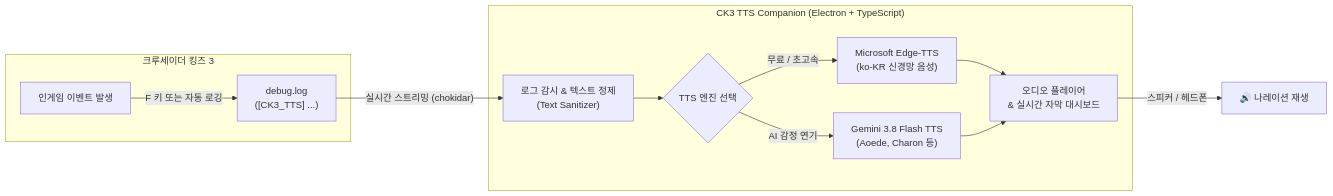
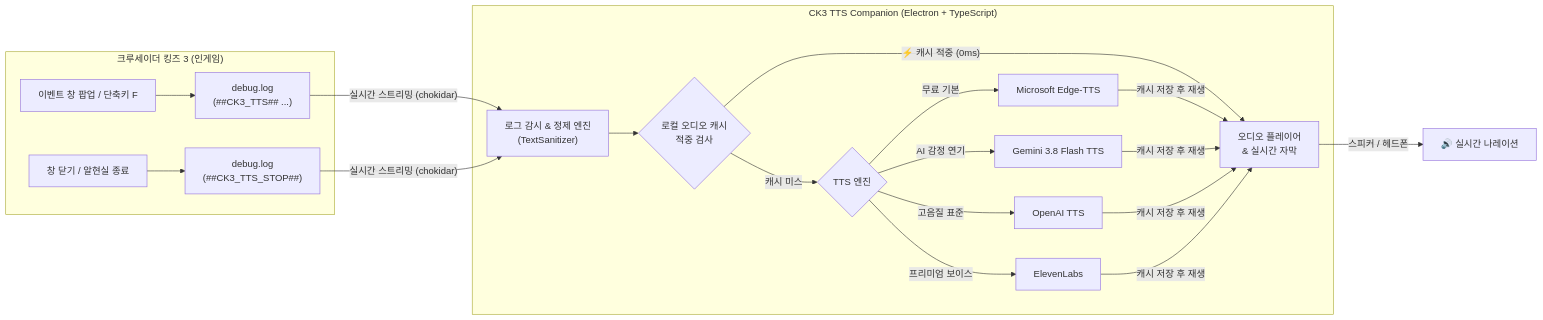
Before and after one commit to pmw0310/ck3-tts-companion: the diagram in README.md, drawn with Mermaid. The commit also changed other lines of this file and 41 other files, not shown here.

First line of the commit message:
feat(tts): OpenAI·ElevenLabs 엔진, 로컬 오디오 캐싱 및 전설·튜토리얼 TTS 연동

````diff
--- a/README.md
+++ b/README.md
@@ -22,17 +24,21 @@
 ```mermaid
 flowchart LR
-    subgraph Game ["크루세이더 킹즈 3"]
-        A["인게임 이벤트 발생"] -->|"F 키 또는 자동 로깅"| B["debug.log<br/>([CK3_TTS] ...)"]
+    subgraph Game ["크루세이더 킹즈 3 (인게임)"]
+        A["이벤트 창 팝업 / 단축키 F"] --> B["debug.log<br/>(##CK3_TTS## ...)"]
+        A2["창 닫기 / 알현실 종료"] --> B2["debug.log<br/>(##CK3_TTS_STOP##)"]
     end
 
     subgraph CompanionApp ["CK3 TTS Companion (Electron + TypeScript)"]
-        B -->|"실시간 스트리밍 (chokidar)"| C["로그 감시 & 텍스트 정제<br/>(Text Sanitizer)"]
-        C --> D{"TTS 엔진 선택"}
-        D -->|"무료 / 초고속"| E["Microsoft Edge-TTS<br/>(ko-KR 신경망 음성)"]
-        D -->|"AI 감정 연기"| F["Gemini 3.8 Flash TTS<br/>(Aoede, Charon 등)"]
-        E --> G["오디오 플레이어<br/>& 실시간 자막 대시보드"]
-        F --> G
+        B & B2 -->|"실시간 스트리밍 (chokidar)"| C["로그 감시 & 정제 엔진<br/>(TextSanitizer)"]
+        C --> D{"로컬 오디오 캐시<br/>적중 검사"}
+        D -->|"⚡ 캐시 적중 (0ms)"| G["오디오 플레이어<br/>& 실시간 자막"]
+        D -->|"캐시 미스"| E{"TTS 엔진"}
+        E -->|"무료 기본"| F1["Microsoft Edge-TTS"]
+        E -->|"AI 감정 연기"| F2["Gemini 3.8 Flash TTS"]
+        E -->|"고음질 표준"| F3["OpenAI TTS"]
+        E -->|"프리미엄 보이스"| F4["ElevenLabs"]
+        F1 & F2 & F3 & F4 -->|"캐시 저장 후 재생"| G
     end
 
-    G -->|"스피커 / 헤드폰"| H["🔊 나레이션 재생"]
+    G -->|"스피커 / 헤드폰"| H["🔊 실시간 나레이션"]
 ```
````
